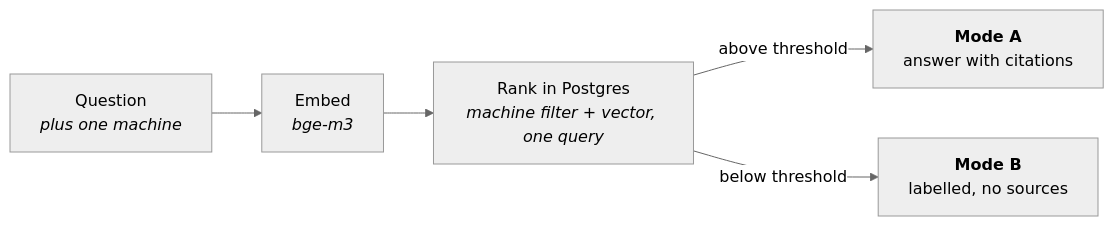
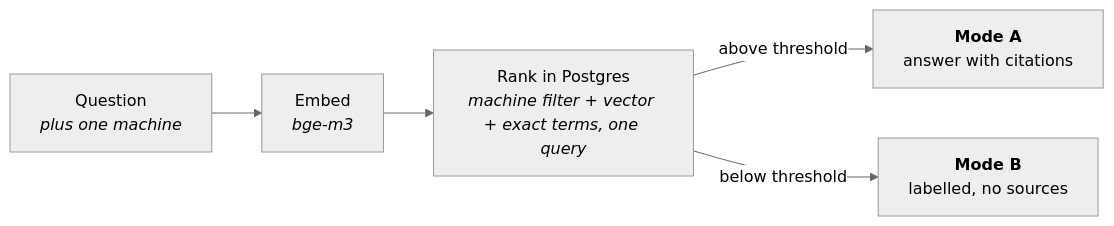
The diagram in README.md (Keglev/maintenance-assistant), drawn with Mermaid (neutral theme) before and after one commit. The commit also changed other lines of this file, not shown here.

````diff
--- a/README.md
+++ b/README.md
@@ -62,7 +62,7 @@
 ```mermaid
 flowchart LR
     Q["Question<br/><i>plus one machine</i>"] --> E["Embed<br/><i>bge-m3</i>"]
-    E --> R["Rank in Postgres<br/><i>machine filter + vector, one query</i>"]
+    E --> R["Rank in Postgres<br/><i>machine filter + vector + exact terms, one query</i>"]
     R -->|"above threshold"| A["<b>Mode A</b><br/>answer with citations"]
     R -->|"below threshold"| B["<b>Mode B</b><br/>labelled, no sources"]
 ```
````
